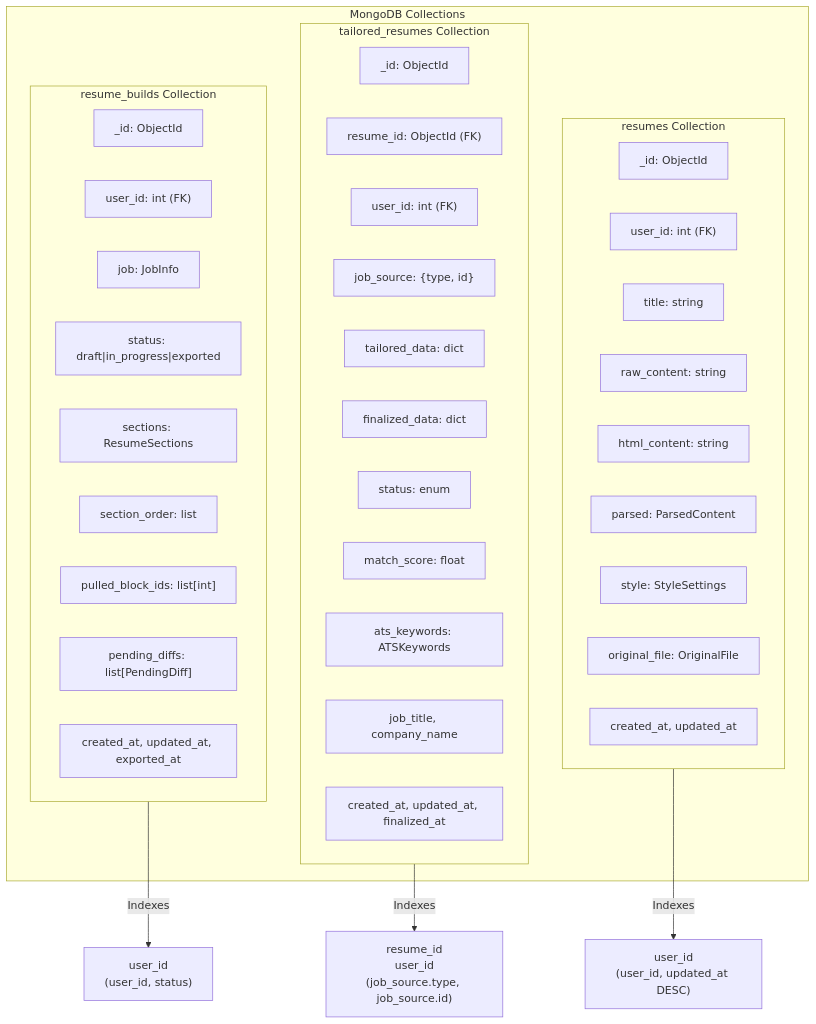
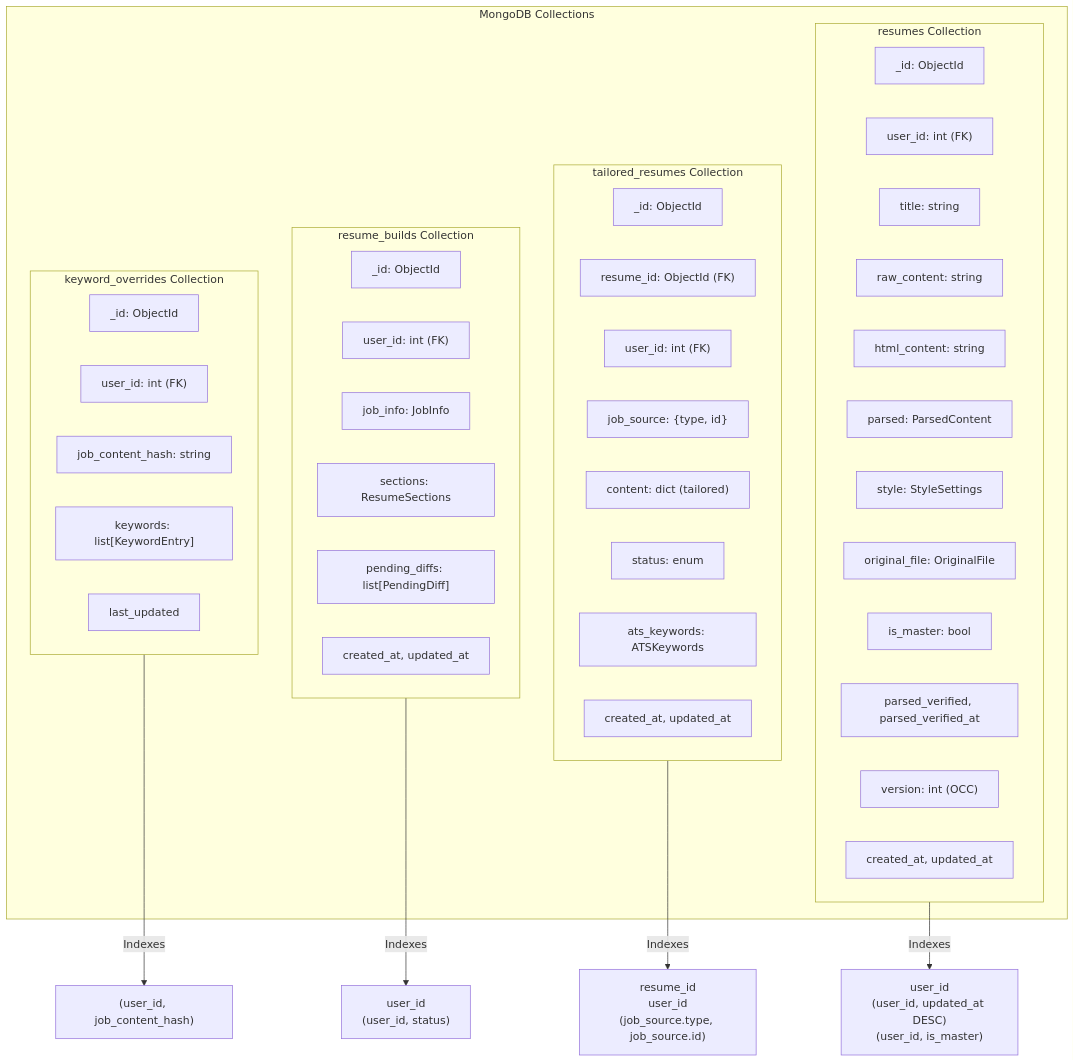
Diagram 14 of 33 in docs/architecture/system-architecture.md (Sungchunn/AI-Resume-Tailor), drawn with Mermaid before and after one commit. The commit also changed other lines of this file, not shown here.

First line of the commit message:
docs: Refresh system-architecture to match current codebase

````diff
--- a/docs/architecture/system-architecture.md
+++ b/docs/architecture/system-architecture.md
@@ -911,46 +1037,52 @@
 ```mermaid
 flowchart TB
     subgraph MongoDB["MongoDB Collections"]
         subgraph resumes_col["resumes Collection"]
             R_ID["_id: ObjectId"]
             R_User["user_id: int (FK)"]
             R_Title["title: string"]
             R_Raw["raw_content: string"]
             R_HTML["html_content: string"]
             R_Parsed["parsed: ParsedContent"]
             R_Style["style: StyleSettings"]
             R_File["original_file: OriginalFile"]
+            R_Master["is_master: bool"]
+            R_Verify["parsed_verified, parsed_verified_at"]
+            R_Ver["version: int (OCC)"]
             R_TS["created_at, updated_at"]
         end
 
         subgraph tailored_col["tailored_resumes Collection"]
             T_ID["_id: ObjectId"]
             T_Resume["resume_id: ObjectId (FK)"]
             T_User["user_id: int (FK)"]
             T_Job["job_source: {type, id}"]
-            T_Data["tailored_data: dict"]
-            T_Final["finalized_data: dict"]
+            T_Content["content: dict (tailored)"]
             T_Status["status: enum"]
-            T_Score["match_score: float"]
             T_ATS["ats_keywords: ATSKeywords"]
-            T_Meta["job_title, company_name"]
-            T_TS["created_at, updated_at, finalized_at"]
+            T_TS["created_at, updated_at"]
         end
 
         subgraph builds_col["resume_builds Collection"]
             B_ID["_id: ObjectId"]
             B_User["user_id: int (FK)"]
-            B_Job["job: JobInfo"]
-            B_Status["status: draft|in_progress|exported"]
+            B_Job["job_info: JobInfo"]
             B_Sections["sections: ResumeSections"]
-            B_Order["section_order: list"]
-            B_Blocks["pulled_block_ids: list[int]"]
             B_Diffs["pending_diffs: list[PendingDiff]"]
-            B_TS["created_at, updated_at, exported_at"]
+            B_TS["created_at, updated_at"]
+        end
+
+        subgraph kw_col["keyword_overrides Collection"]
+            K_ID["_id: ObjectId"]
+            K_User["user_id: int (FK)"]
+            K_Hash["job_content_hash: string"]
+            K_Keywords["keywords: list[KeywordEntry]"]
+            K_TS["last_updated"]
         end
     end
 
-    resumes_col --> |"Indexes"| R_IDX["user_id<br/>(user_id, updated_at DESC)"]
+    resumes_col --> |"Indexes"| R_IDX["user_id<br/>(user_id, updated_at DESC)<br/>(user_id, is_master)"]
     tailored_col --> |"Indexes"| T_IDX["resume_id<br/>user_id<br/>(job_source.type, job_source.id)"]
     builds_col --> |"Indexes"| B_IDX["user_id<br/>(user_id, status)"]
+    kw_col --> |"Indexes"| K_IDX["(user_id, job_content_hash)"]
 ```
````
